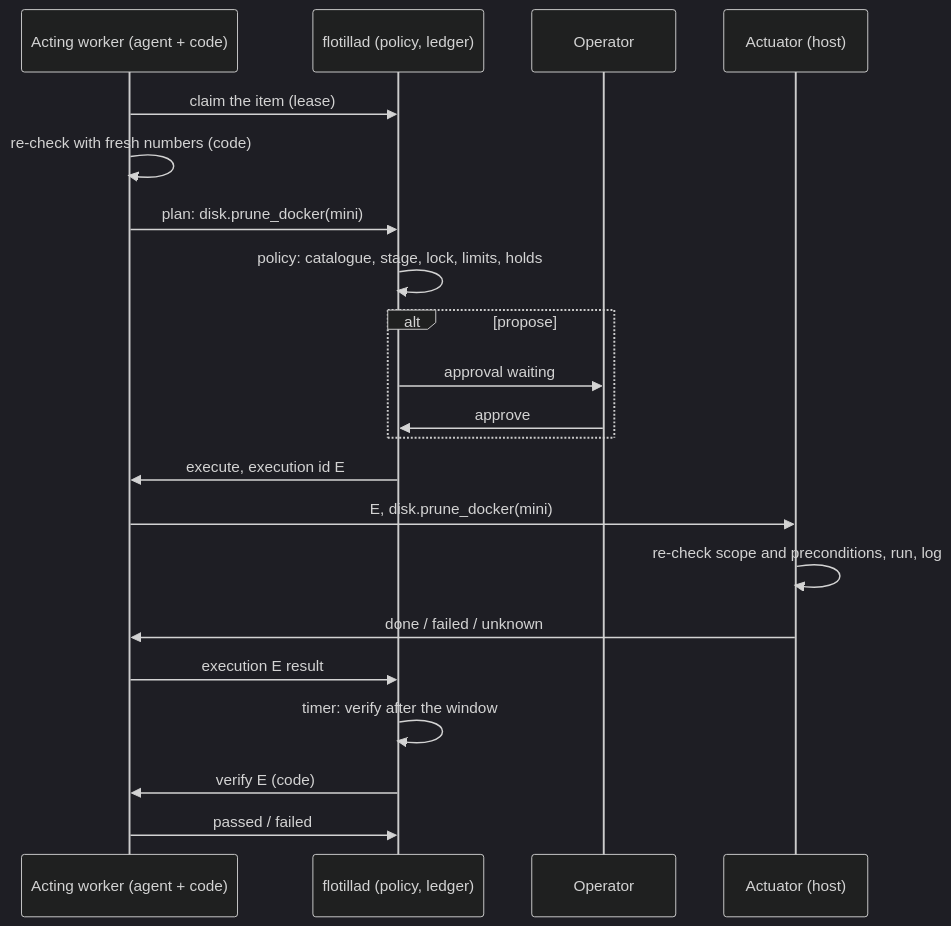
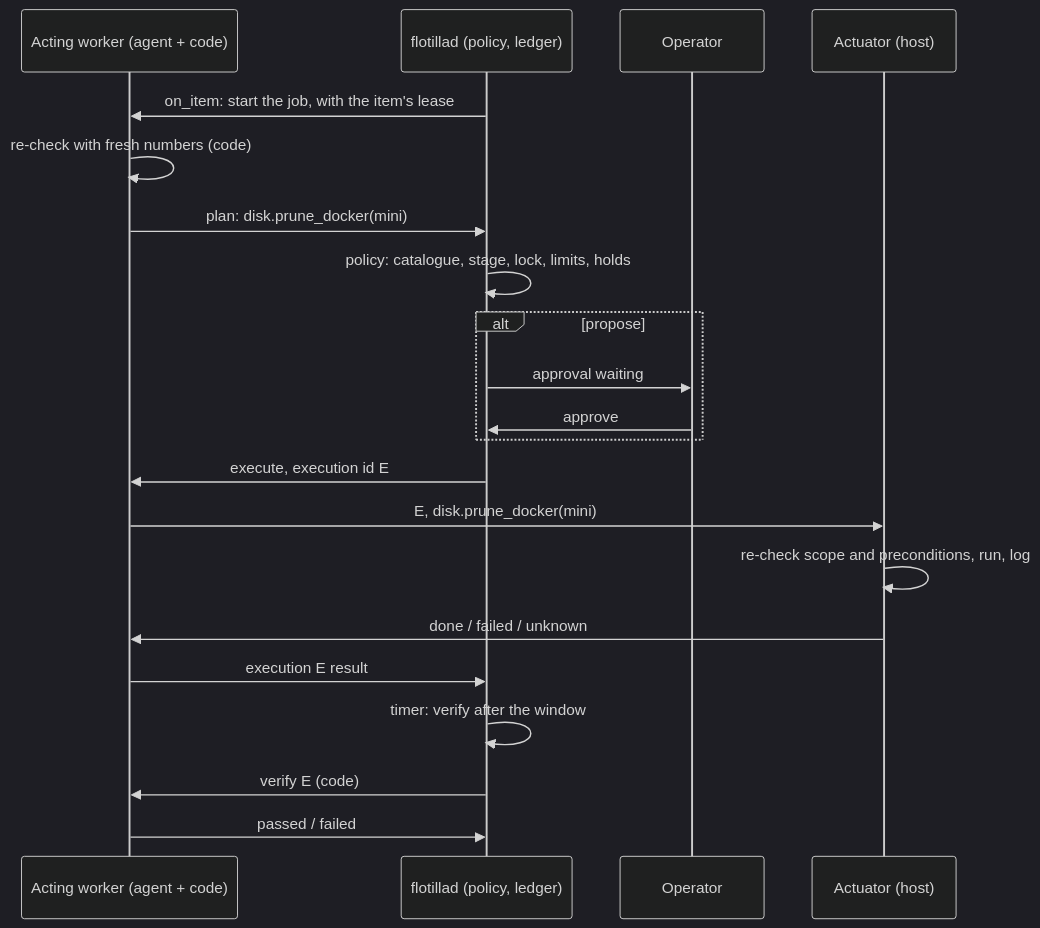
Before and after one commit to chipi/flotilla: the second of 9 diagrams in docs/rfc/RFC-0004-agent-pipeline.md, drawn with Mermaid (dark theme). The commit also changed other lines of this file, not shown here.

````diff
--- a/docs/rfc/RFC-0004-agent-pipeline.md
+++ b/docs/rfc/RFC-0004-agent-pipeline.md
@@ -213,23 +214,23 @@
 ```mermaid
 sequenceDiagram
     participant A as Acting worker (agent + code)
     participant F as flotillad (policy, ledger)
     participant Op as Operator
     participant X as Actuator (host)
-    A->>F: claim the item (lease)
+    F->>A: on_item: start the job, with the item's lease
     A->>A: re-check with fresh numbers (code)
     A->>F: plan: disk.prune_docker(mini)
     F->>F: policy: catalogue, stage, lock, limits, holds
     alt propose
         F->>Op: approval waiting
         Op->>F: approve
     end
     F->>A: execute, execution id E
     A->>X: E, disk.prune_docker(mini)
     X->>X: re-check scope and preconditions, run, log
     X->>A: done / failed / unknown
     A->>F: execution E result
     F->>F: timer: verify after the window
     F->>A: verify E (code)
     A->>F: passed / failed
 ```
````
